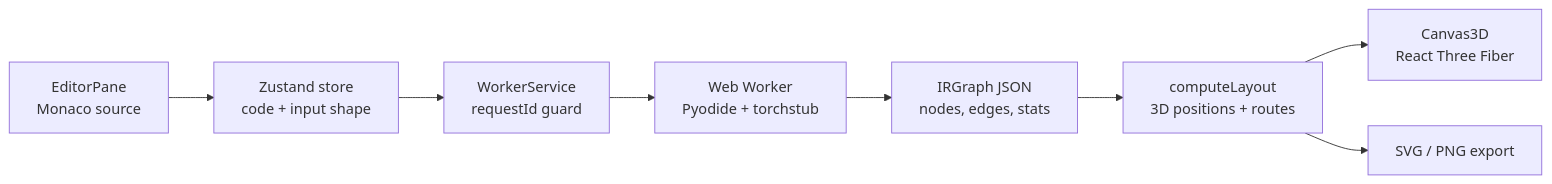
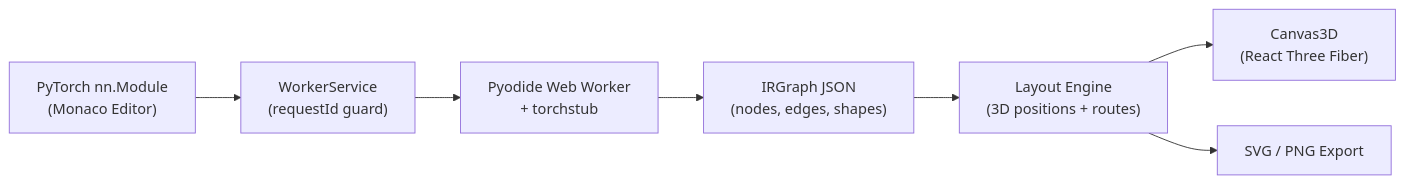
Before and after one commit to duongtruongbinh/TorchViz-3D: the diagram in README.md, drawn with Mermaid. The commit also changed other lines of this file and 4 other files, not shown here.

````diff
--- a/README.md
+++ b/README.md
@@ -31,10 +60,9 @@
 ```mermaid
 flowchart LR
-  A["EditorPane<br/>Monaco source"] --> B["Zustand store<br/>code + input shape"]
-  B --> C["WorkerService<br/>requestId guard"]
-  C --> D["Web Worker<br/>Pyodide + torchstub"]
-  D --> E["IRGraph JSON<br/>nodes, edges, stats"]
-  E --> F["computeLayout<br/>3D positions + routes"]
-  F --> G["Canvas3D<br/>React Three Fiber"]
-  F --> H["SVG / PNG export"]
+  A["PyTorch nn.Module<br/>(Monaco Editor)"] --> B["WorkerService<br/>(requestId guard)"]
+  B --> C["Pyodide Web Worker<br/>+ torchstub"]
+  C --> D["IRGraph JSON<br/>(nodes, edges, shapes)"]
+  D --> E["Layout Engine<br/>(3D positions + routes)"]
+  E --> F["Canvas3D<br/>(React Three Fiber)"]
+  E --> G["SVG / PNG Export"]
 ```
````
